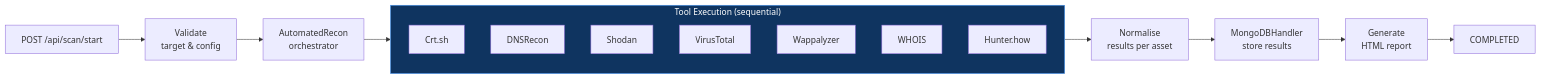
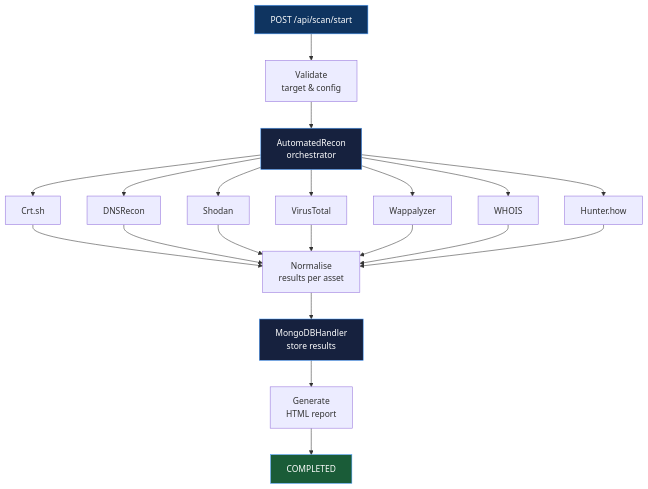
The second of 3 diagrams in docs/architecture.md (gvmmo/ThreatHunt), drawn with Mermaid before and after one commit. The commit also changed other lines of this file, not shown here.

````diff
--- a/docs/architecture.md
+++ b/docs/architecture.md
@@ -95,24 +116,28 @@
 ```mermaid
-flowchart LR
-    Request["POST /api/scan/start"] --> Validate["Validate\ntarget & config"]
-    Validate --> AutoRecon["AutomatedRecon\norchestrator"]
- 
-    AutoRecon --> Tools
- 
-    subgraph Tools ["Tool Execution (sequential)"]
-        T1["Crt.sh"]
-        T2["DNSRecon"]
-        T3["Shodan"]
-        T4["VirusTotal"]
-        T5["Wappalyzer"]
-        T6["WHOIS"]
-        T7["Hunter.how"]
-    end
- 
-    Tools --> Normalise["Normalise\nresults per asset"]
-    Normalise --> MongoDB["MongoDBHandler\nstore results"]
-    MongoDB --> Report["Generate\nHTML report"]
+flowchart TD
+    Request["POST /api/scan/start"] --> Validate["Validate
+    target & config"]
+    Validate --> AutoRecon["AutomatedRecon
+    orchestrator"]
+
+    AutoRecon --> T1["Crt.sh"]
+    AutoRecon --> T2["DNSRecon"]
+    AutoRecon --> T3["Shodan"]
+    AutoRecon --> T4["VirusTotal"]
+    AutoRecon --> T5["Wappalyzer"]
+    AutoRecon --> T6["WHOIS"]
+    AutoRecon --> T7["Hunter.how"]
+
+    T1 & T2 & T3 & T4 & T5 & T6 & T7 --> Normalise["Normalise
+    results per asset"]
+    Normalise --> MongoDB["MongoDBHandler
+    store results"]
+    MongoDB --> Report["Generate
+    HTML report"]
     Report --> Done["COMPLETED"]
- 
-    style Tools fill:#0f3460,stroke:#4a9eff,color:#fff
+
+    style Request fill:#0f3460,stroke:#4a9eff,color:#fff
+    style Done fill:#1a5c38,stroke:#4a9eff,color:#fff
+    style AutoRecon fill:#16213e,stroke:#4a9eff,color:#fff
+    style MongoDB fill:#16213e,stroke:#4a9eff,color:#fff
 ```
````
